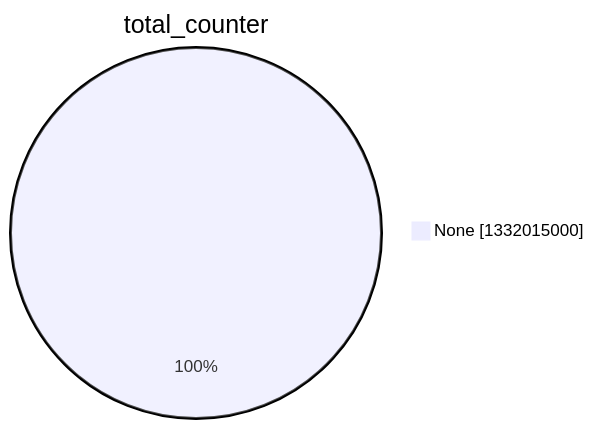
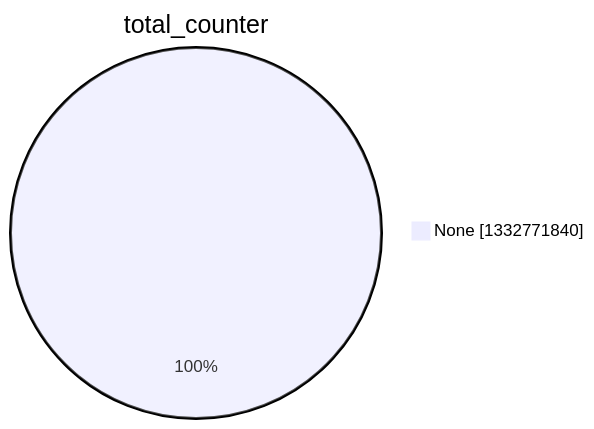
The second of 15 diagrams in argon2022/README.md (christiankrug/ctmonitor_visualization), drawn with Mermaid before and after one commit. The commit also changed other lines of this file, not shown here.

````diff
--- a/argon2022/README.md
+++ b/argon2022/README.md
@@ -9,5 +9,5 @@
 ```mermaid
 pie showData
 title total_counter
-"None" :1332015000
+"None" :1332771840
 ```
````
